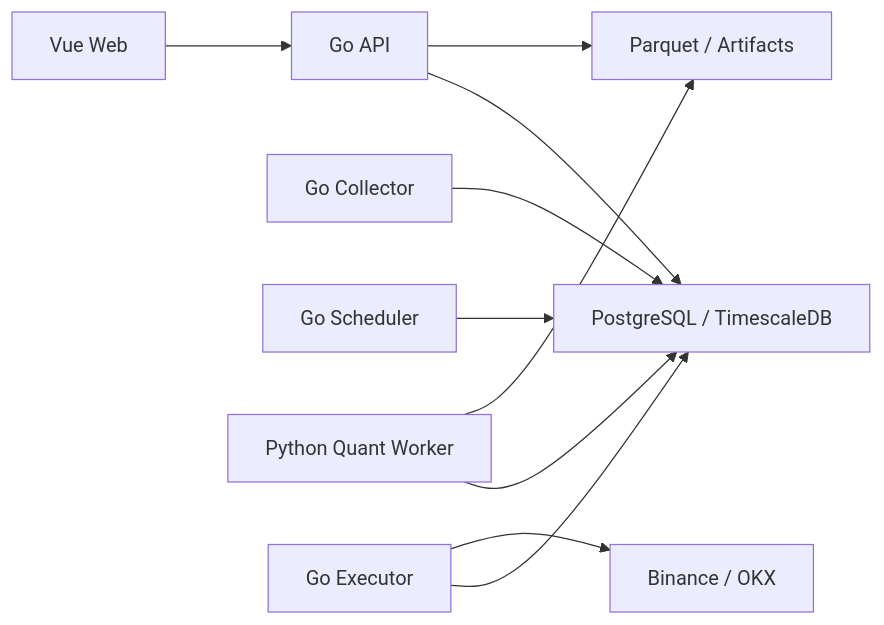
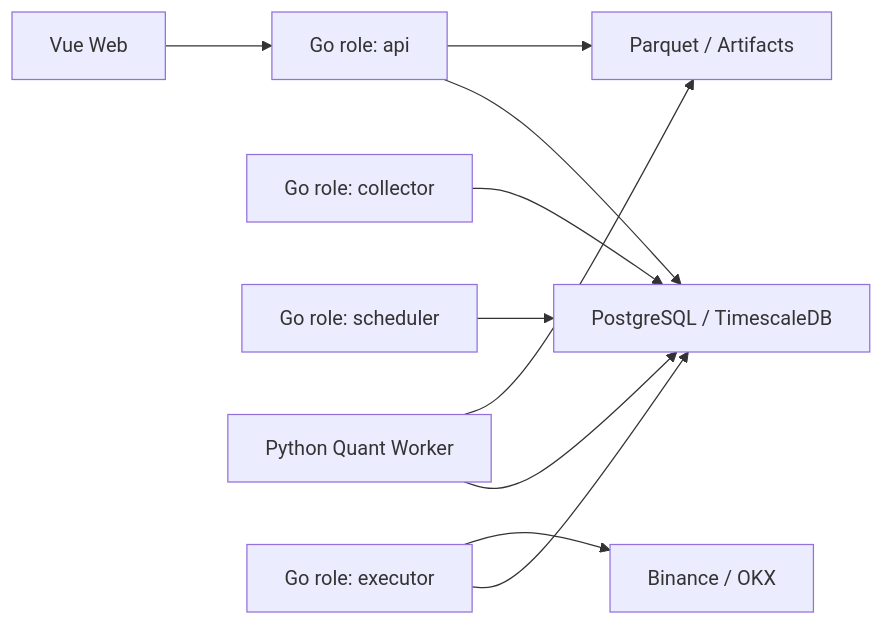
One commit to CoderLTS/coinsphere-go changed the diagram in docs/architecture/overview.md. Above: the diagram before and after it, drawn with Mermaid. The commit also changed other lines of this file and 4 other files, not shown here.

````diff
--- a/docs/architecture/overview.md
+++ b/docs/architecture/overview.md
@@ -12,12 +21,12 @@
 ```mermaid
 flowchart LR
-    UI["Vue Web"] --> API["Go API"]
+    UI["Vue Web"] --> API["Go role: api"]
     API --> DB["PostgreSQL / TimescaleDB"]
-    COL["Go Collector"] --> DB
-    SCH["Go Scheduler"] --> DB
+    COL["Go role: collector"] --> DB
+    SCH["Go role: scheduler"] --> DB
     WRK["Python Quant Worker"] --> DB
     WRK --> DATA["Parquet / Artifacts"]
-    EXE["Go Executor"] --> DB
+    EXE["Go role: executor"] --> DB
     EXE --> VENUE["Binance / OKX"]
     API --> DATA
 ```
````
